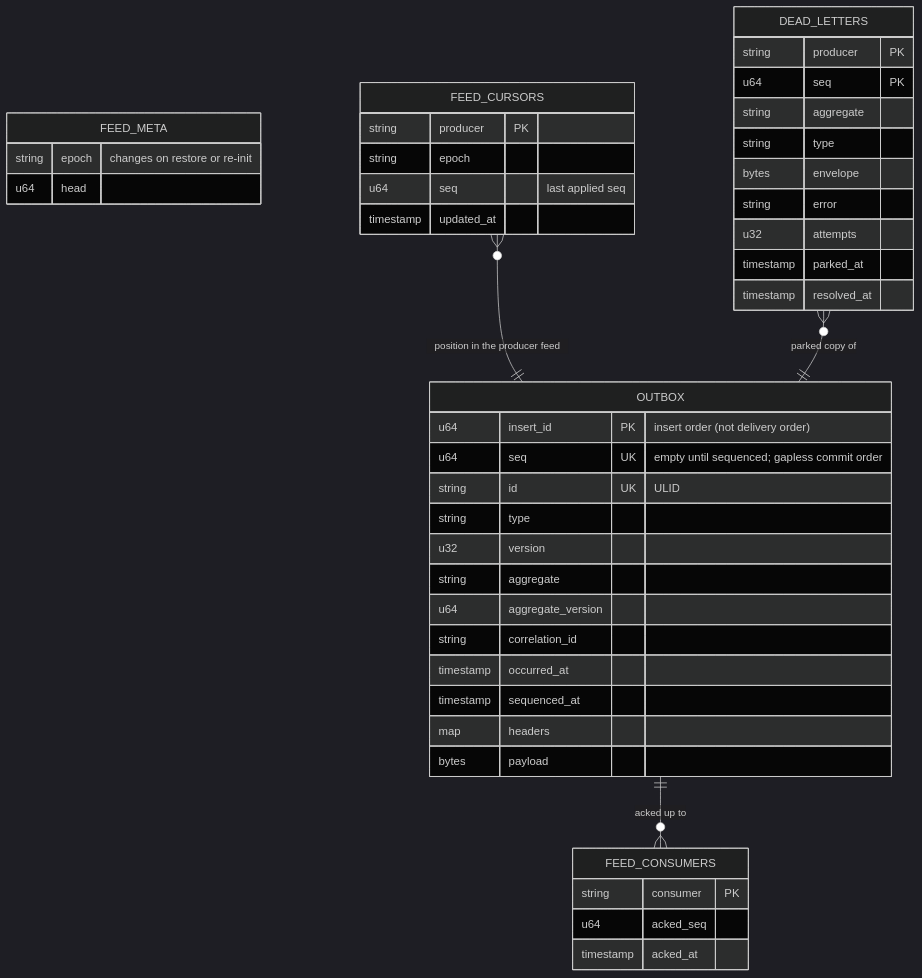
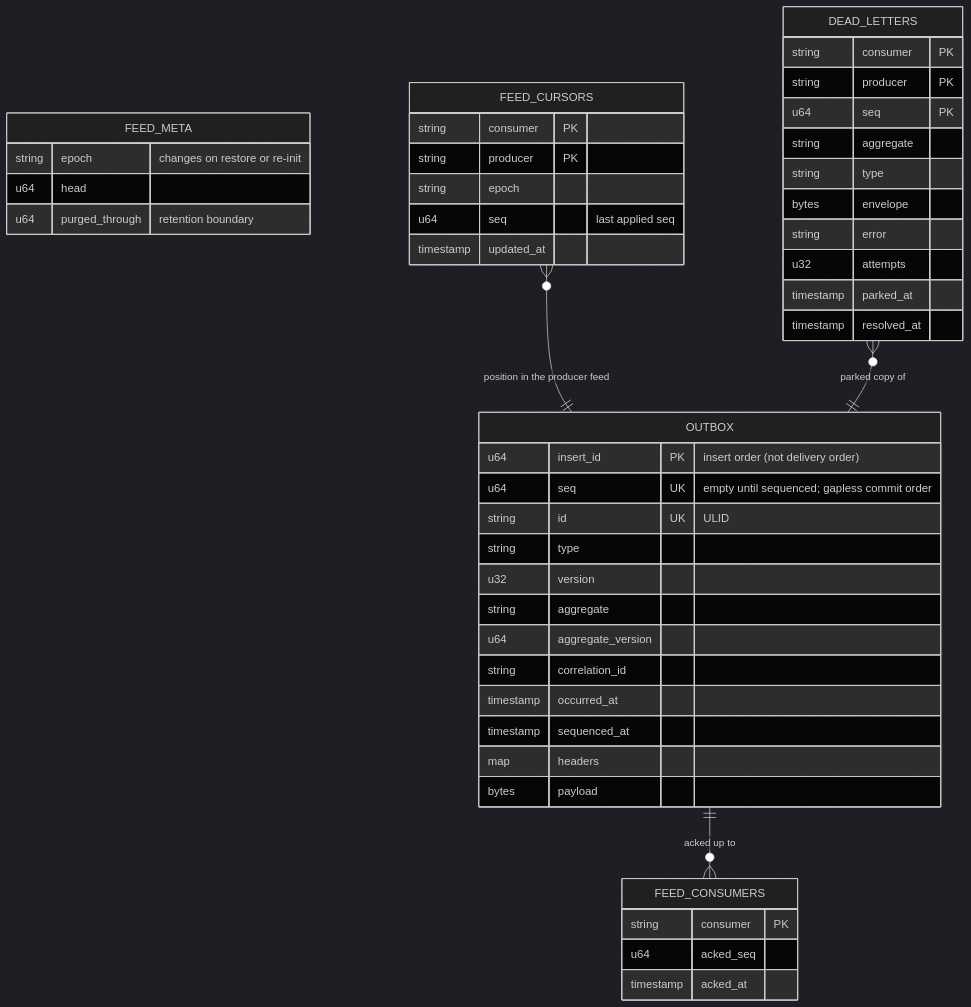
Before and after one commit to eugenezimin/z-event: the sixth of 6 diagrams in DESIGN.md, drawn with Mermaid (dark theme). The commit also changed other lines of this file and 3 other files, not shown here.

````diff
--- a/DESIGN.md
+++ b/DESIGN.md
@@ -366,46 +391,49 @@
 ```mermaid
 erDiagram
     OUTBOX {
         u64 insert_id PK "insert order (not delivery order)"
         u64 seq UK "empty until sequenced; gapless commit order"
         string id UK "ULID"
         string type
         u32 version
         string aggregate
         u64 aggregate_version
         string correlation_id
         timestamp occurred_at
         timestamp sequenced_at
         map headers
         bytes payload
     }
     FEED_META {
         string epoch "changes on restore or re-init"
         u64 head
+        u64 purged_through "retention boundary"
     }
     FEED_CONSUMERS {
         string consumer PK
         u64 acked_seq
         timestamp acked_at
     }
     FEED_CURSORS {
+        string consumer PK
         string producer PK
         string epoch
         u64 seq "last applied seq"
         timestamp updated_at
     }
     DEAD_LETTERS {
+        string consumer PK
         string producer PK
         u64 seq PK
         string aggregate
         string type
         bytes envelope
         string error
         u32 attempts
         timestamp parked_at
         timestamp resolved_at
     }
     OUTBOX ||--o{ FEED_CONSUMERS : "acked up to"
     FEED_CURSORS }o--|| OUTBOX : "position in the producer feed"
     DEAD_LETTERS }o--|| OUTBOX : "parked copy of"
 ```
````
